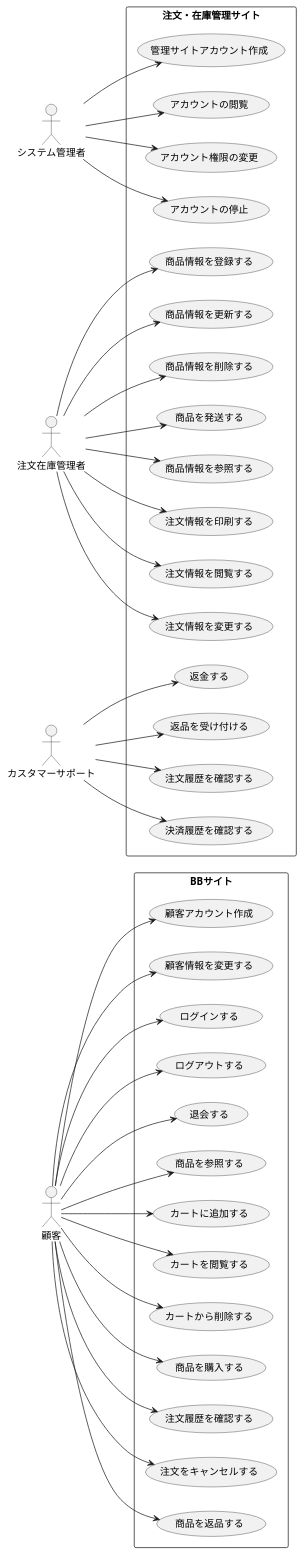
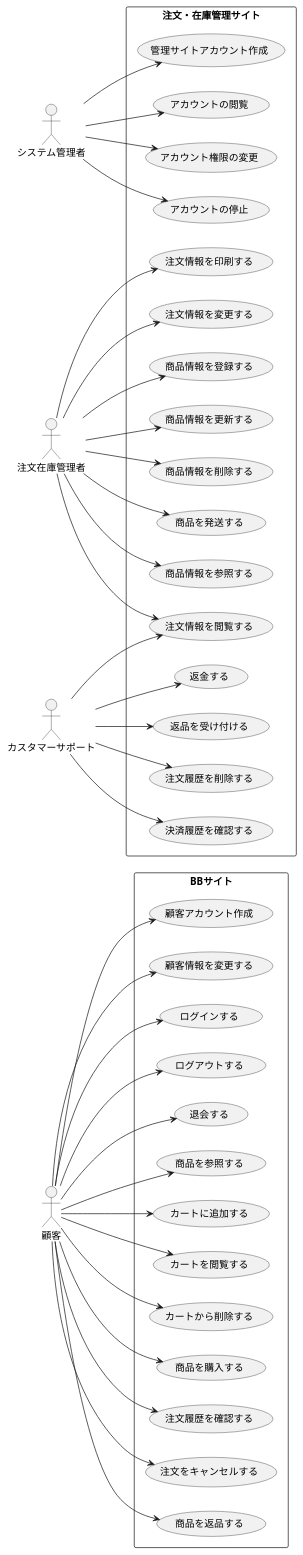
Before and after one commit to FujikawaHirono0520/group3_1_dogdog: the diagram in BB/usecase.pu, drawn with PlantUML.

Commit message:
【変更】CSのユースケースを修正

```diff
--- a/BB/usecase.pu
+++ b/BB/usecase.pu
@@ -1,79 +1,80 @@
 @startuml BB注文管理システムユースケース図
 left to right direction
 actor 顧客 as U
 
 actor システム管理者 as M
 
 actor 注文在庫管理者 as SM
 
 actor カスタマーサポート as CS
 
 rectangle BBサイト {
   usecase "顧客アカウント作成" as UC1
   usecase "顧客情報を変更する" as UC2
   usecase "ログインする" as UC3
   usecase "ログアウトする" as UC4
   usecase "退会する" as UC5
   usecase "商品を参照する" as UC6
   usecase "カートに追加する" as UC7
   usecase "カートを閲覧する" as UC8
   usecase "カートから削除する" as UC9
   usecase "商品を購入する" as UC10
   usecase "注文履歴を確認する" as UC11
   usecase "注文をキャンセルする" as UC12
   usecase "商品を返品する" as UC13
 }
 
 rectangle 注文・在庫管理サイト {
   usecase "管理サイトアカウント作成" as UC14
   usecase "アカウントの閲覧" as UC15
   usecase "アカウント権限の変更" as UC16
   usecase "アカウントの停止" as UC17
   usecase "商品情報を登録する" as UC18
   usecase "商品情報を更新する" as UC19
   usecase "商品情報を削除する" as UC20
   usecase "商品を発送する" as UC21
   usecase "商品情報を参照する" as UC22
   usecase "注文情報を印刷する" as UC23
   usecase "注文情報を閲覧する" as UC24
   usecase "注文情報を変更する" as UC25
   usecase "返金する" as UC26
   usecase "返品を受け付ける" as UC27
-  usecase "注文履歴を確認する" as UC28
+  usecase "注文履歴を削除する" as UC28
   usecase "決済履歴を確認する" as UC29
 }
 
 U --> UC1
 U --> UC2
 U --> UC3
 U --> UC4
 U --> UC5
 U --> UC6
 U --> UC7
 U --> UC8
 U --> UC9
 U --> UC10
 U --> UC11
 U --> UC12
 U --> UC13
 
 M --> UC14
 M --> UC15
 M --> UC16
 M --> UC17
 
 SM --> UC18
 SM --> UC19
 SM --> UC20
 SM --> UC21
 SM --> UC22
 SM --> UC23
 SM --> UC24
 SM --> UC25
 
+CS --> UC24
 CS --> UC26
 CS --> UC27
 CS --> UC28
 CS --> UC29
 
 @enduml
```
